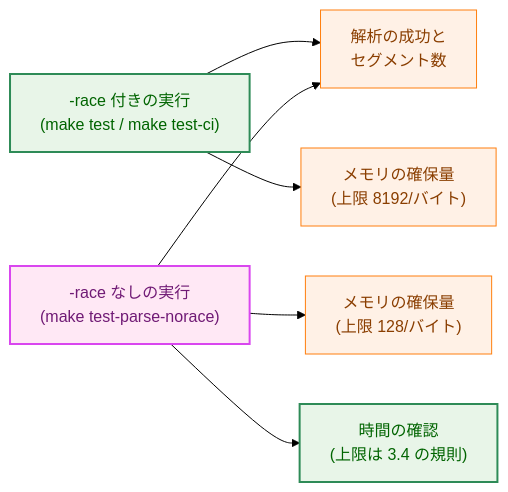
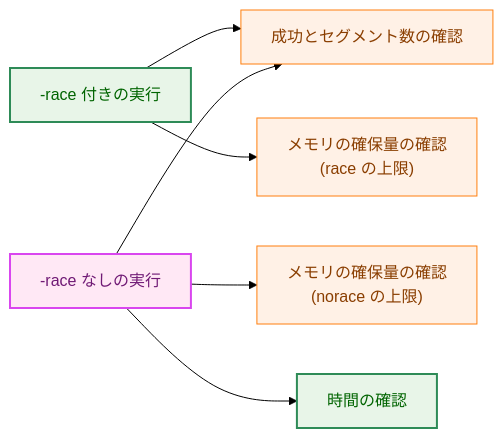
One commit to isseis/yt2column changed the first of 7 diagrams in docs/tasks/0039_large_input_test_timeout/02_architecture.md. Above: the diagram before and after it, drawn with Mermaid (forest theme). The commit also changed other lines of this file, not shown here.

First line of the commit message:
docs(0039): address architecture review and Japanese prose findings

````diff
--- a/docs/tasks/0039_large_input_test_timeout/02_architecture.md
+++ b/docs/tasks/0039_large_input_test_timeout/02_architecture.md
@@ -56,26 +61,25 @@
 ```mermaid
 flowchart LR
-    classDef data fill:#e6f7ff,stroke:#1f77b4,stroke-width:1px,color:#0b3d91;
     classDef process fill:#fff1e6,stroke:#ff7f0e,stroke-width:1px,color:#8a3e00;
     classDef enhanced fill:#e8f5e8,stroke:#2e8b57,stroke-width:2px,color:#006400;
     classDef newpkg fill:#ffe8f5,stroke:#d946ef,stroke-width:2px,color:#701a75;
 
-    RACE["-race 付きの実行<br>(make test / make test-ci)"]
-    NORACE["-race なしの実行<br>(make test-parse-norace)"]
+    RACE["-race 付きの実行"]
+    NORACE["-race なしの実行"]
 
-    OK["解析の成功と<br>セグメント数"]
-    ALLOCR["メモリの確保量<br>(上限 8192/バイト)"]
-    ALLOCN["メモリの確保量<br>(上限 128/バイト)"]
-    TIME["時間の確認<br>(上限は 3.4 の規則)"]
+    OK["成功とセグメント数の確認"]
+    ALLOCR["メモリの確保量の確認<br>(race の上限)"]
+    ALLOCN["メモリの確保量の確認<br>(norace の上限)"]
+    TIME["時間の確認"]
 
     RACE --> OK
     RACE --> ALLOCR
     NORACE --> OK
     NORACE --> ALLOCN
     NORACE --> TIME
 
     class RACE enhanced
     class NORACE newpkg
     class OK,ALLOCR,ALLOCN process
     class TIME enhanced
 ```
````
